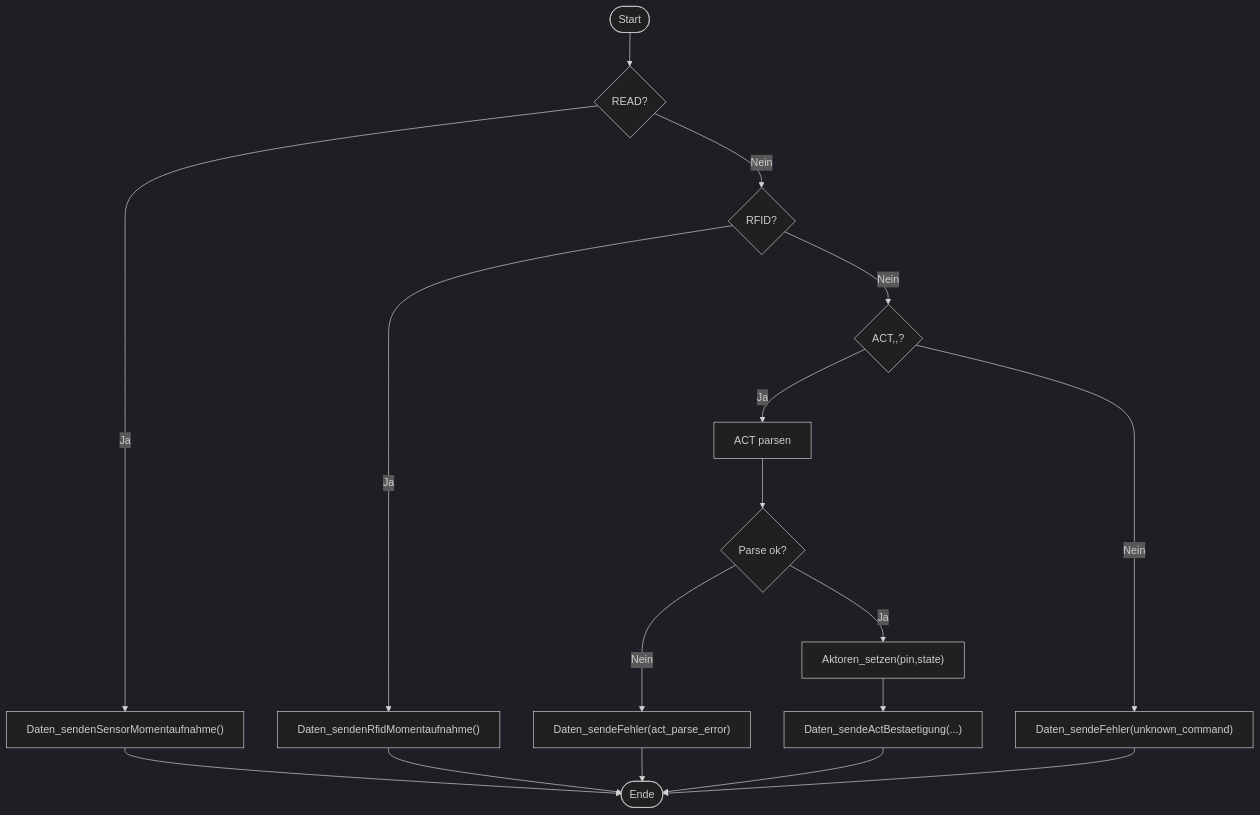
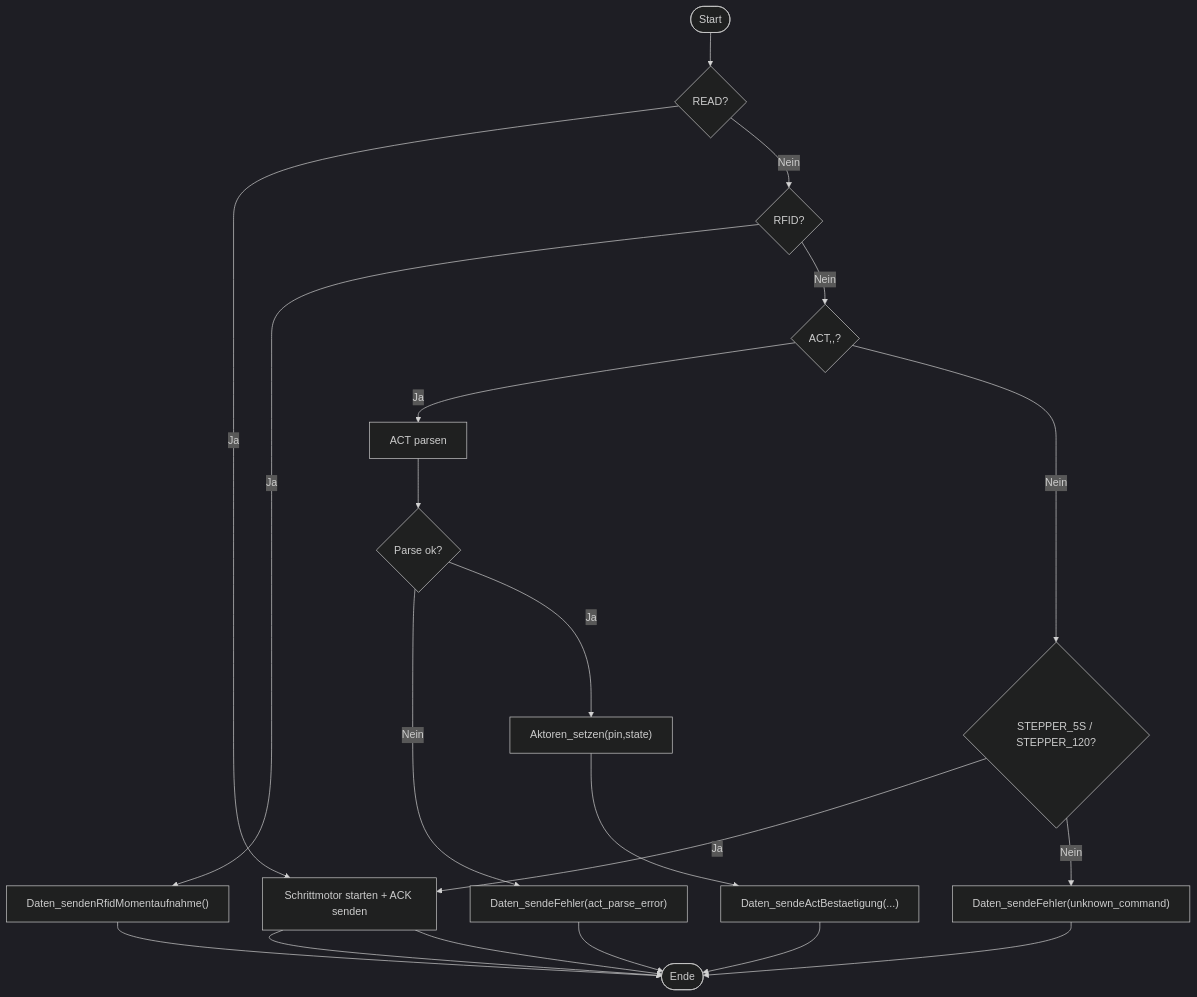
One commit to HerrnDK/Projekt changed diagram 11 of 21 in PROJEKT_ARCHITEKTUR_PLAN.md. Above: the diagram before and after it, drawn with Mermaid (dark theme). The commit also changed other lines of this file and 13 other files, not shown here.

````diff
--- a/PROJEKT_ARCHITEKTUR_PLAN.md
+++ b/PROJEKT_ARCHITEKTUR_PLAN.md
@@ -198,15 +203,17 @@
 ```mermaid
 flowchart TD
   S([Start]) --> D0{"READ?"}
   D0 -- Ja --> S0["Daten_sendenSensorMomentaufnahme()"] --> E([Ende])
   D0 -- Nein --> D1{"RFID?"}
   D1 -- Ja --> R0["Daten_sendenRfidMomentaufnahme()"] --> E
   D1 -- Nein --> D2{"ACT,<pin>,<state>?"}
   D2 -- Ja --> A0["ACT parsen"]
   A0 --> A1{"Parse ok?"}
   A1 -- Nein --> F0["Daten_sendeFehler(act_parse_error)"] --> E
   A1 -- Ja --> A2["Aktoren_setzen(pin,state)"]
   A2 --> A3["Daten_sendeActBestaetigung(...)"]
   A3 --> E
-  D2 -- Nein --> F1["Daten_sendeFehler(unknown_command)"] --> E
+  D2 -- Nein --> D3{"STEPPER_5S / STEPPER_120?"}
+  D3 -- Ja --> S0["Schrittmotor starten + ACK senden"] --> E
+  D3 -- Nein --> F1["Daten_sendeFehler(unknown_command)"] --> E
 ```
````
